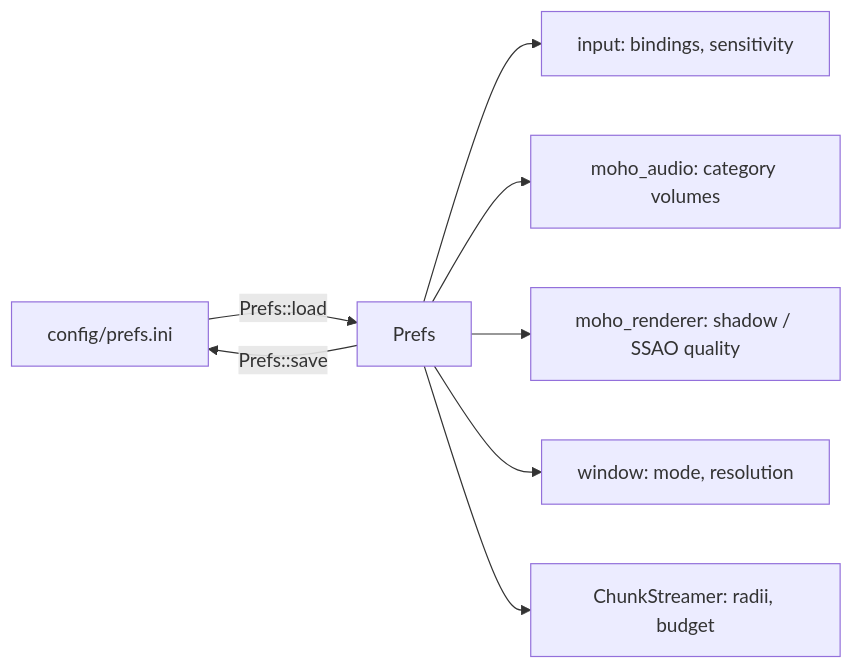
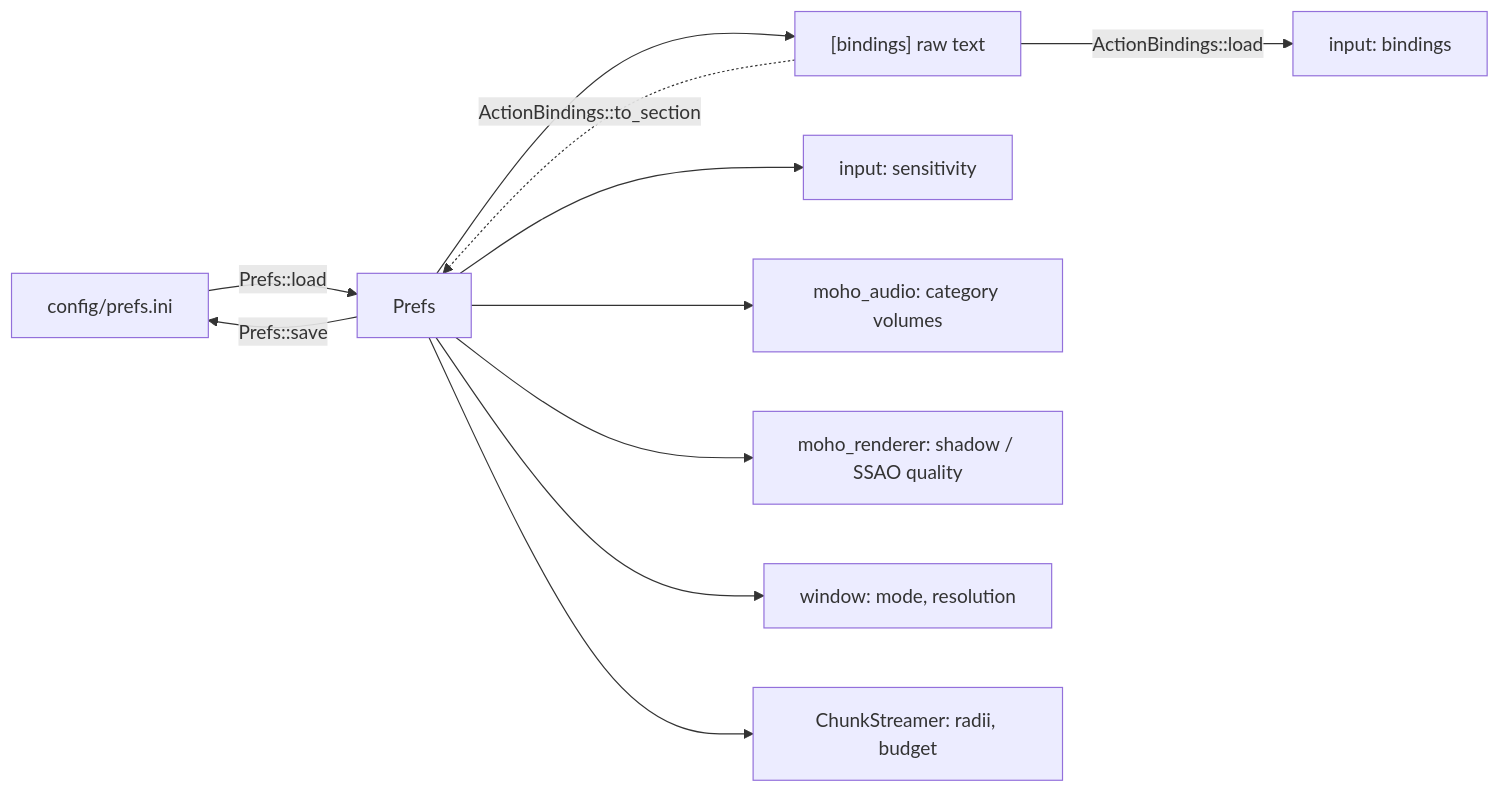
Before and after one commit to WrackedFella/moho: the diagram in wiki/reference/prefs-format.md, drawn with Mermaid. The commit also changed other lines of this file and 32 other files, not shown here.

First line of the commit message:
feat(input): ENG-F12-02, bindings are data keyed by action name (#224)

````diff
--- a/wiki/reference/prefs-format.md
+++ b/wiki/reference/prefs-format.md
@@ -26,10 +27,12 @@
 ```mermaid
 flowchart LR
     F["config/prefs.ini"] -->|"Prefs::load"| P["Prefs"]
-    P --> I["input: bindings, sensitivity"]
+    P --> B["[bindings] raw text"] -->|"ActionBindings::load"| I["input: bindings"]
+    P --> M["input: sensitivity"]
     P --> Au["moho_audio: category volumes"]
     P --> Rn["moho_renderer: shadow / SSAO quality"]
     P --> W["window: mode, resolution"]
     P --> S["ChunkStreamer: radii, budget"]
+    B -.->|"ActionBindings::to_section"| P
     P -->|"Prefs::save"| F
 ```
````
